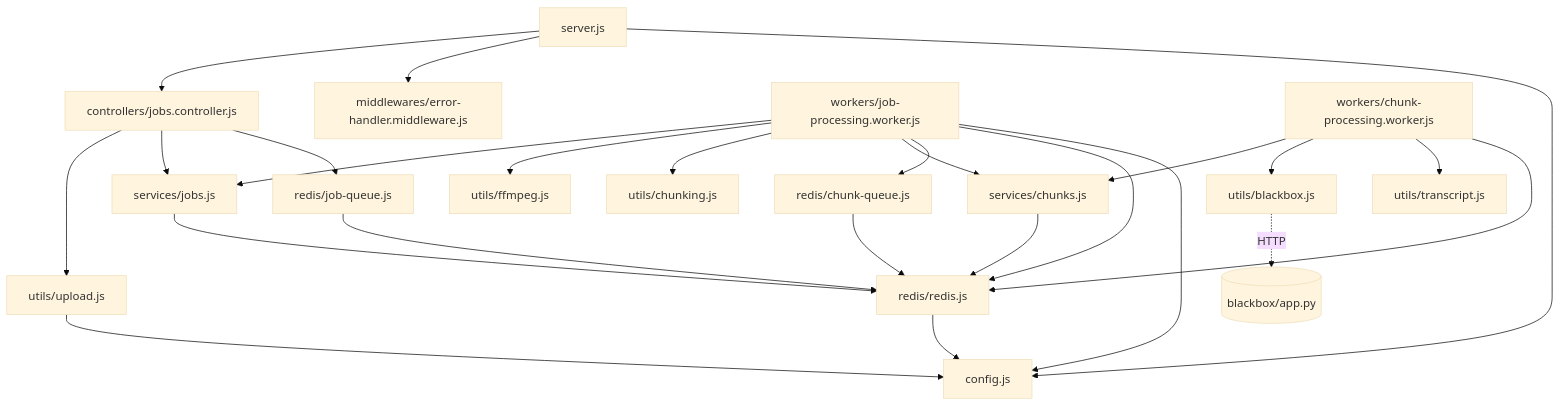
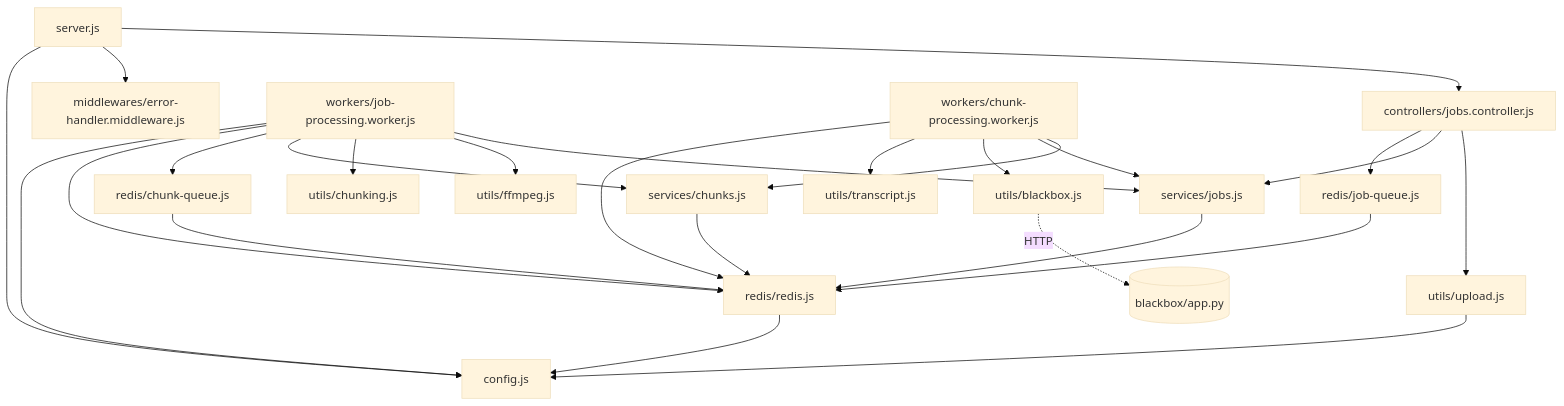
The eighth of 9 diagrams in README.md (yahyalfc/audio-transcriptor), drawn with Mermaid (base theme) before and after one commit. The commit also changed other lines of this file and 1 other file, not shown here.

````diff
--- a/README.md
+++ b/README.md
@@ -415,27 +432,28 @@
 ```mermaid
 flowchart TD
     server[server.js] --> controller[controllers/jobs.controller.js]
     server --> errorHandler[middlewares/error-handler.middleware.js]
     server --> config[config.js]
     controller --> upload[utils/upload.js]
     controller --> service[services/jobs.js]
     controller --> queue[redis/job-queue.js]
     service --> redis[redis/redis.js]
     queue --> redis
     upload --> config
     redis --> config
     worker[workers/job-processing.worker.js] --> service
     worker --> ffmpeg[utils/ffmpeg.js]
     worker --> chunking[utils/chunking.js]
     worker --> chunkService[services/chunks.js]
     worker --> chunkQueue[redis/chunk-queue.js]
     chunkService --> redis
     chunkQueue --> redis
     worker --> redis
     worker --> config
     worker2[workers/chunk-processing.worker.js] --> chunkService
+    worker2 --> service
     worker2 --> blackbox[utils/blackbox.js]
     worker2 --> transcript[utils/transcript.js]
     worker2 --> redis
     blackbox -. "HTTP" .-> bb[(blackbox/app.py)]
 ```
````
